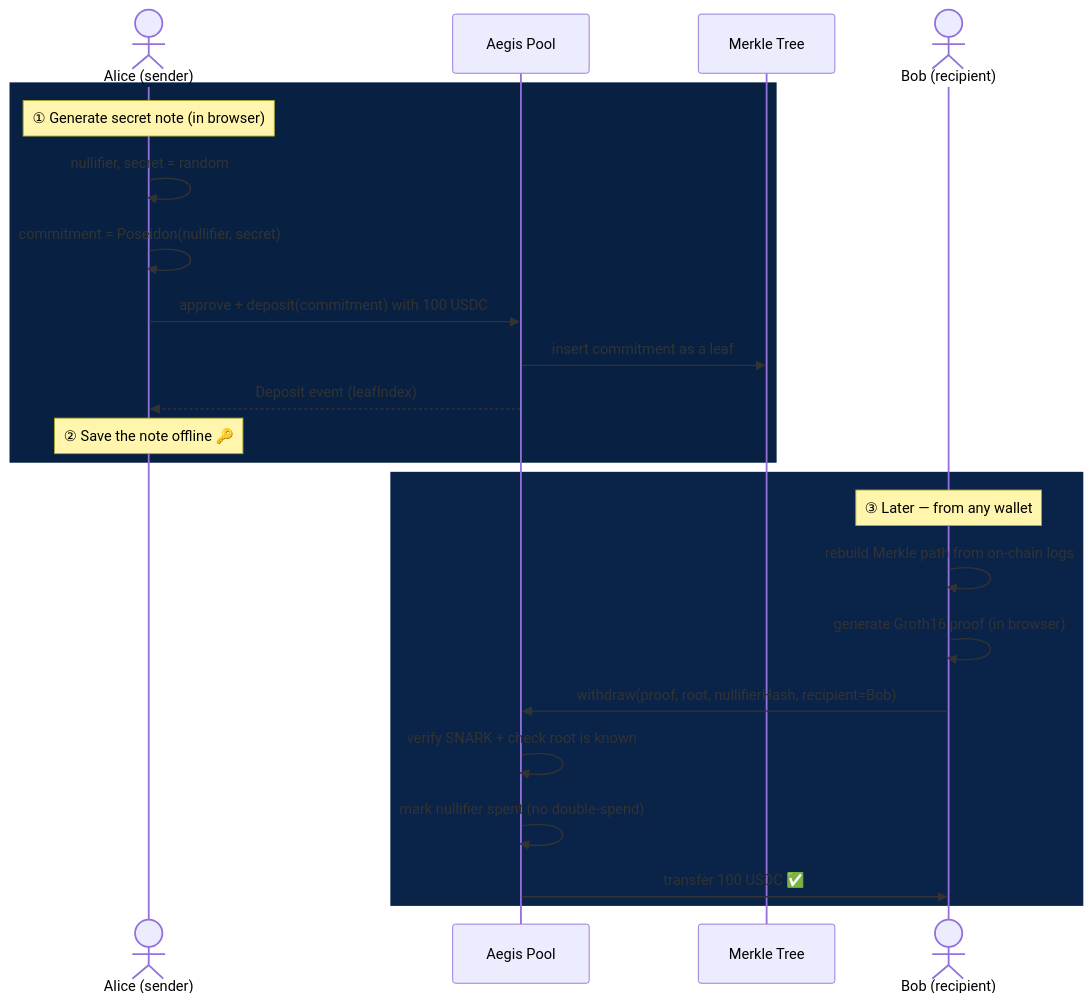
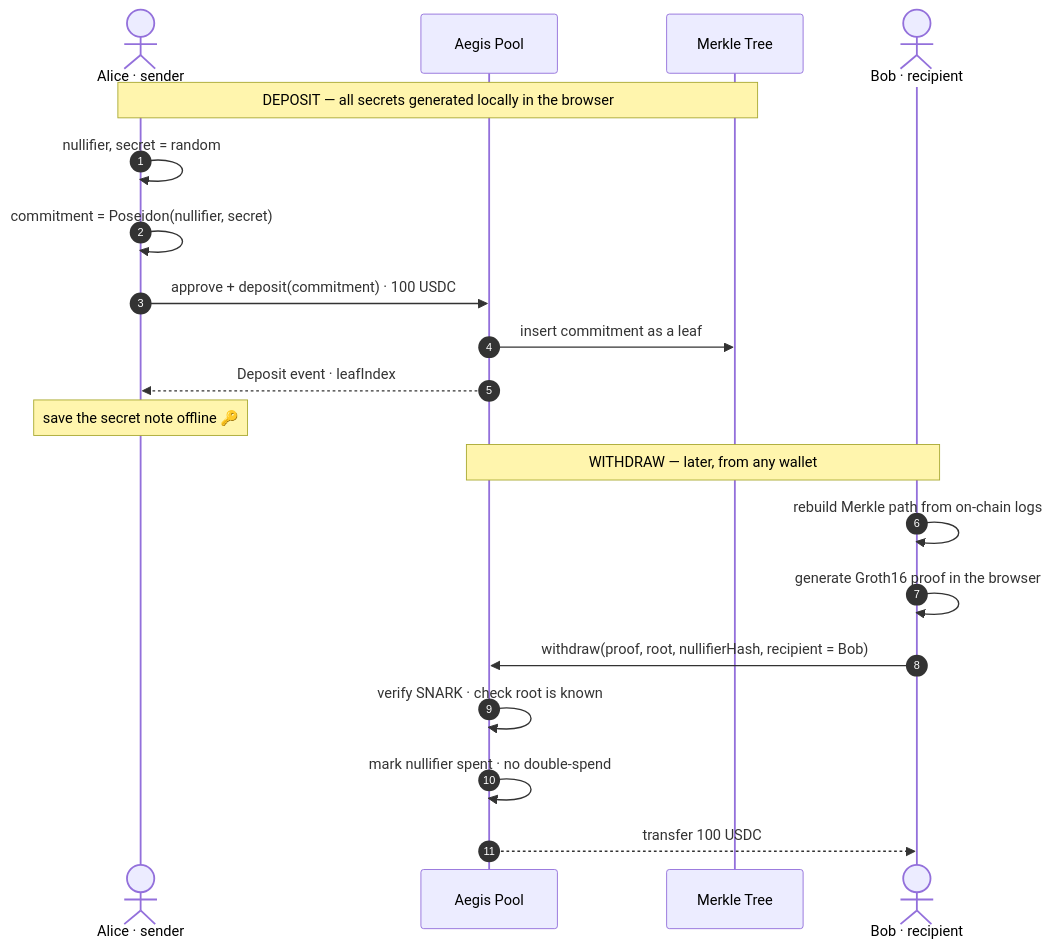
Before and after one commit to ctrlshifthash/aegis: the first of 2 diagrams in README.md, drawn with Mermaid.

Commit message:
README: clean up How-it-works sequence diagram (remove dark rects, add autonumber)

````diff
--- a/README.md
+++ b/README.md
@@ -67,27 +67,24 @@
 ```mermaid
 sequenceDiagram
-    actor A as Alice (sender)
+    autonumber
+    actor A as Alice · sender
     participant Pool as Aegis Pool
     participant Tree as Merkle Tree
-    actor B as Bob (recipient)
+    actor B as Bob · recipient
 
-    rect rgb(8, 33, 66)
-    Note over A: ① Generate secret note (in browser)
+    Note over A,Tree: DEPOSIT — all secrets generated locally in the browser
     A->>A: nullifier, secret = random
     A->>A: commitment = Poseidon(nullifier, secret)
-    A->>Pool: approve + deposit(commitment) with 100 USDC
+    A->>Pool: approve + deposit(commitment) · 100 USDC
     Pool->>Tree: insert commitment as a leaf
-    Pool-->>A: Deposit event (leafIndex)
-    Note over A: ② Save the note offline 🔑
-    end
+    Pool-->>A: Deposit event · leafIndex
+    Note over A: save the secret note offline 🔑
 
-    rect rgb(10, 35, 72)
-    Note over B: ③ Later — from any wallet
+    Note over Pool,B: WITHDRAW — later, from any wallet
     B->>B: rebuild Merkle path from on-chain logs
-    B->>B: generate Groth16 proof (in browser)
-    B->>Pool: withdraw(proof, root, nullifierHash, recipient=Bob)
-    Pool->>Pool: verify SNARK + check root is known
-    Pool->>Pool: mark nullifier spent (no double-spend)
-    Pool->>B: transfer 100 USDC ✅
-    end
+    B->>B: generate Groth16 proof in the browser
+    B->>Pool: withdraw(proof, root, nullifierHash, recipient = Bob)
+    Pool->>Pool: verify SNARK · check root is known
+    Pool->>Pool: mark nullifier spent · no double-spend
+    Pool-->>B: transfer 100 USDC
 ```
````
